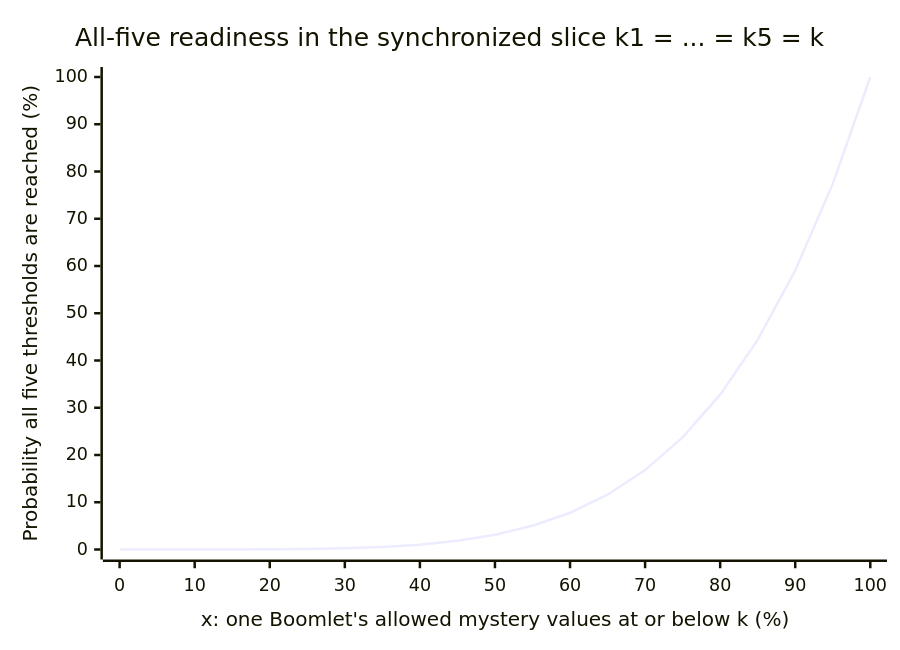
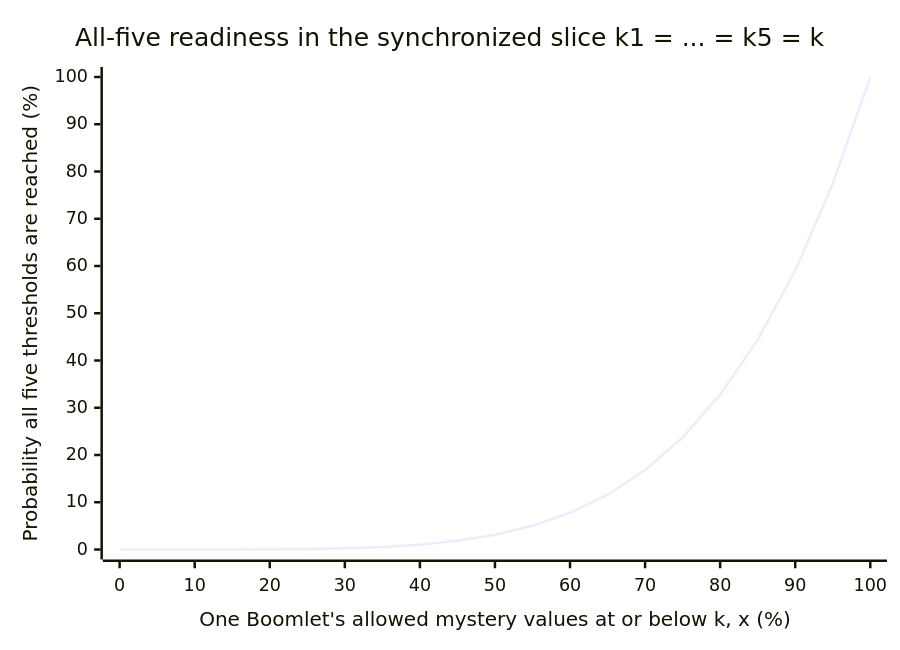
One commit to cogwheel26/boomerang_design changed the fourth of 6 diagrams in README.md. Above: the diagram before and after it, drawn with Mermaid. The commit also changed other lines of this file and 1 other file, not shown here.

````diff
--- a/README.md
+++ b/README.md
@@ -434,7 +430,7 @@
 ```mermaid
 xychart-beta
     title "All-five readiness in the synchronized slice k1 = ... = k5 = k"
-    x-axis "x: one Boomlet's allowed mystery values at or below k (%)" 0 --> 100
+    x-axis "One Boomlet's allowed mystery values at or below k, x (%)" 0 --> 100
     y-axis "Probability all five thresholds are reached (%)" 0 --> 100
     line [0, 0.00003, 0.001, 0.0076, 0.032, 0.0977, 0.243, 0.5252, 1.024, 1.8453, 3.125, 5.0328, 7.776, 11.6029, 16.807, 23.7305, 32.768, 44.3705, 59.049, 77.3781, 100]
 ```
````
